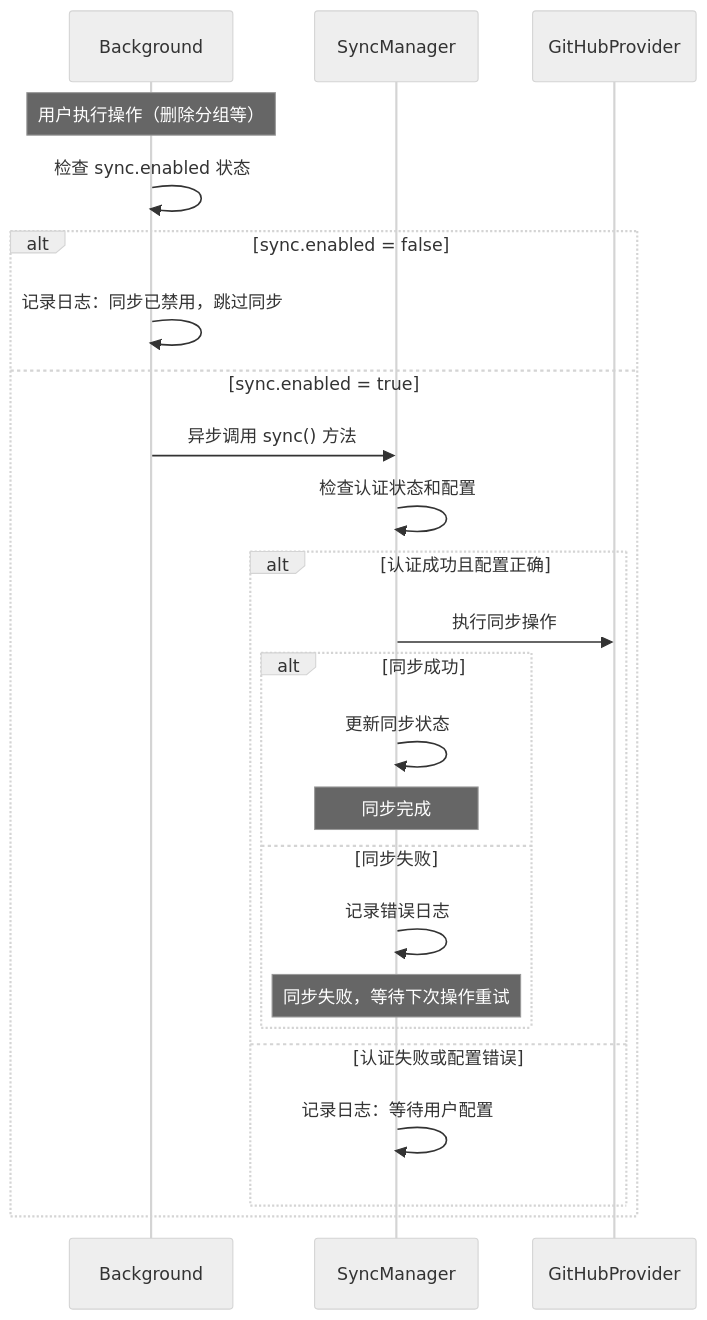
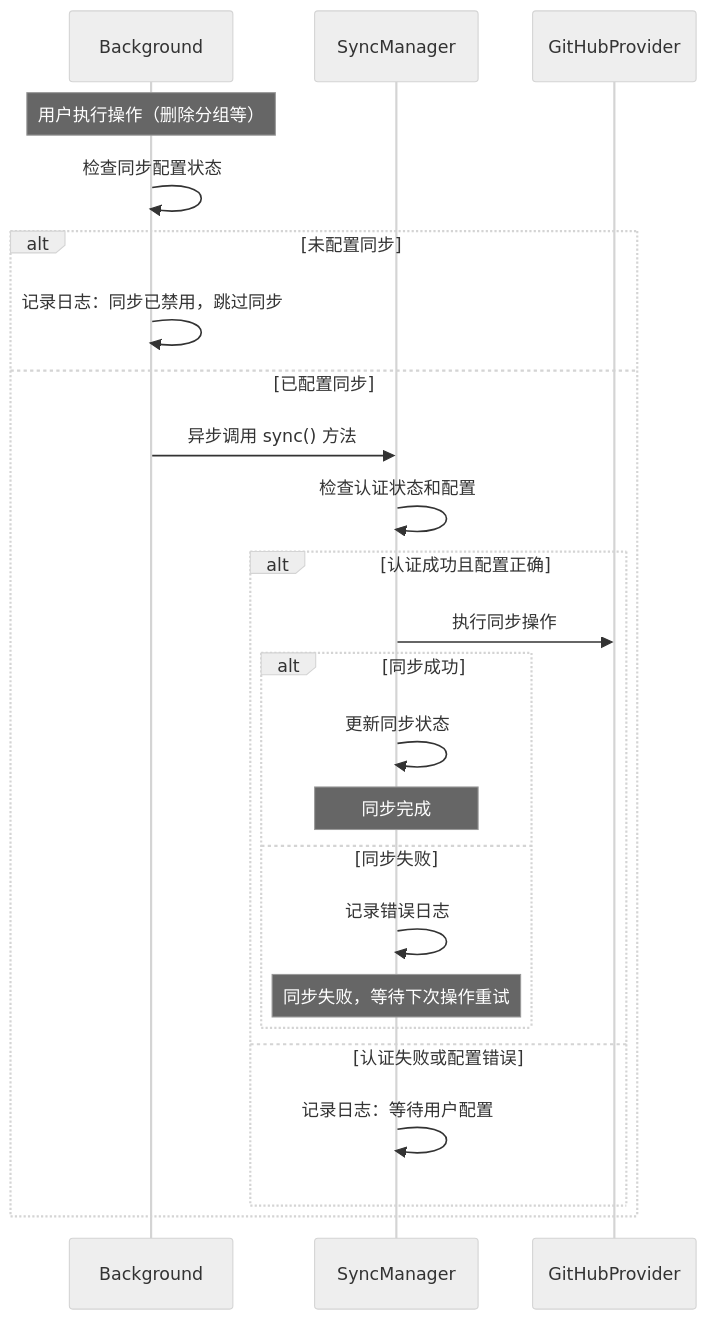
Before and after one commit to namehu/UniTab: the eighth of 12 diagrams in UniTab_流程链路图.md, drawn with Mermaid (neutral theme). The commit also changed other lines of this file and 4 other files, not shown here.

````diff
--- a/UniTab_流程链路图.md
+++ b/UniTab_流程链路图.md
@@ -241,30 +241,30 @@
 ```mermaid
 sequenceDiagram
     participant BG as Background
     participant SM as SyncManager
     participant GP as GitHubProvider
     
     Note over BG: 用户执行操作（删除分组等）
-    BG->>BG: 检查 sync.enabled 状态
+    BG->>BG: 检查同步配置状态
     
-    alt sync.enabled = false
+    alt 未配置同步
         BG->>BG: 记录日志：同步已禁用，跳过同步
-    else sync.enabled = true
+    else 已配置同步
         BG->>SM: 异步调用 sync() 方法
         SM->>SM: 检查认证状态和配置
         
         alt 认证成功且配置正确
             SM->>GP: 执行同步操作
             
             alt 同步成功
                 SM->>SM: 更新同步状态
                 Note over SM: 同步完成
             else 同步失败
                 SM->>SM: 记录错误日志
                 Note over SM: 同步失败，等待下次操作重试
             end
         else 认证失败或配置错误
             SM->>SM: 记录日志：等待用户配置
         end
     end
 ```
````
